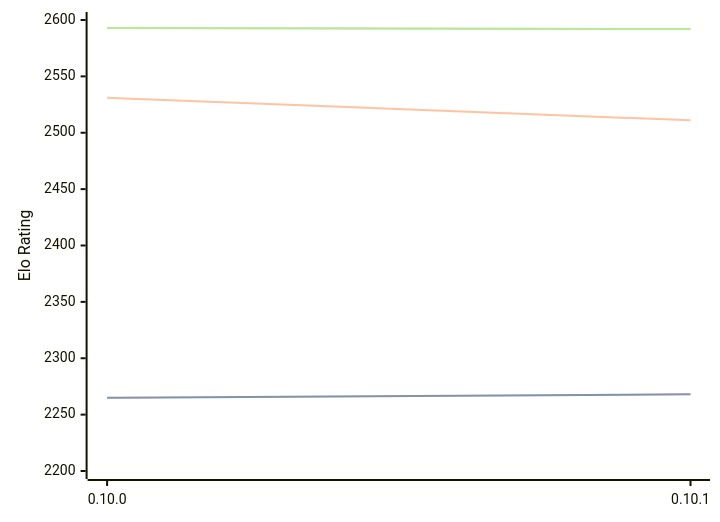
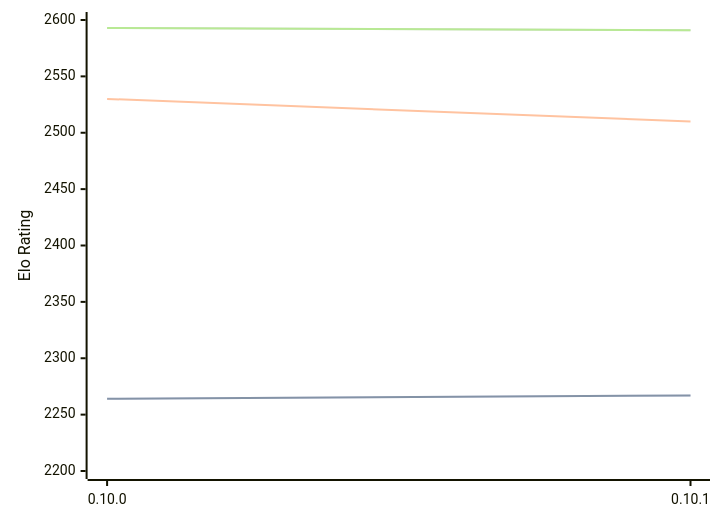
One commit to computer-chess-index/cci changed the diagram in engines/Fatalii.md. Above: the diagram before and after it, drawn with Mermaid. The commit also changed other lines of this file, not shown here.

Commit message:
Update CCI Ratings (ELO VLTC) - 2026-08-04

````diff
--- a/engines/Fatalii.md
+++ b/engines/Fatalii.md
@@ -46,11 +46,11 @@
 ```mermaid
 %%{init: {"theme":"base","themeVariables":{"seriesColors:['#a3a3a3','#222221','#faa371']}}}%%
 xychart-beta
   x-axis ["0.10.0", "0.10.1"]
   y-axis "Elo Rating" 2200 --> 2600
-  line "STC (8.0+0.08s)" [2265, 2268]
-  line "STC (8.0+0.08s)" [2265, 2268]
-  line "LTC (60.0+0.60s)" [2531, 2511]
-  line "VLTC (2m24s+1.12s)" [2593, 2592]
-  line "VLTC (2m24s+1.12s)" [2593, 2592]
+  line "STC (8.0+0.08s)" [2264, 2267]
+  line "STC (8.0+0.08s)" [2264, 2267]
+  line "LTC (60.0+0.60s)" [2530, 2510]
+  line "VLTC (2m24s+1.12s)" [2593, 2591]
+  line "VLTC (2m24s+1.12s)" [2593, 2591]
 ```
````
